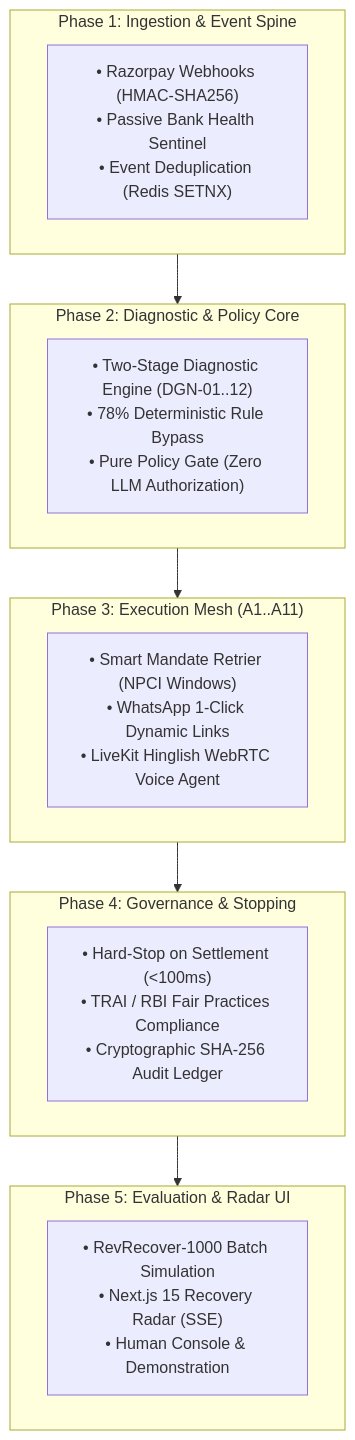
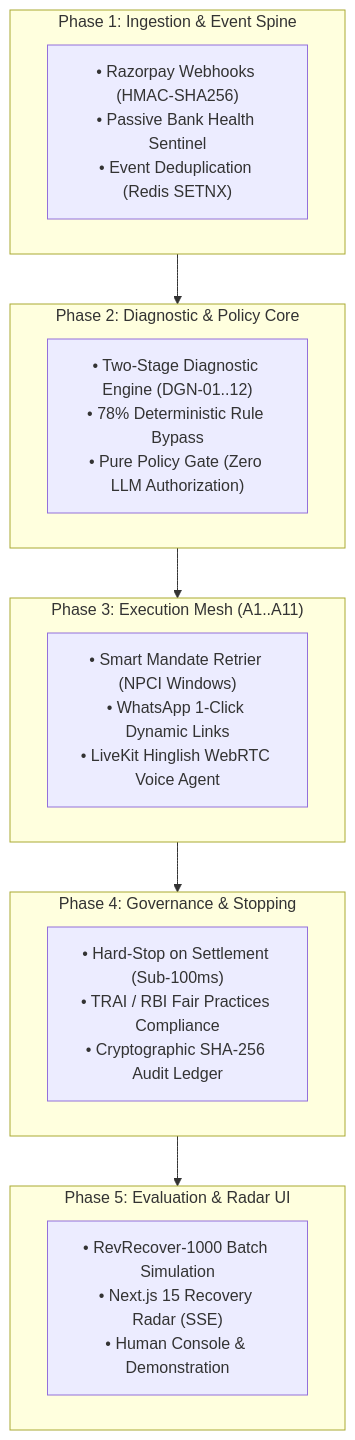
Before and after one commit to Adityaraj1969/Razorpay-Revenue-Recovery: the diagram in docs/Phases.md, drawn with Mermaid. The commit also changed 10 other files, not shown here.

Commit message:
fix(docs): restore pure Mermaid architecture diagram and activate all Mermaid charts across docs

````diff
--- a/docs/Phases.md
+++ b/docs/Phases.md
@@ -17,27 +17,27 @@
 ```mermaid
 flowchart TB
-    subgraph PHASE1["Phase 1: Ingestion &amp; Event Spine"]
+    subgraph PHASE1["Phase 1: Ingestion & Event Spine"]
         P1["• Razorpay Webhooks (HMAC-SHA256)<br/>• Passive Bank Health Sentinel<br/>• Event Deduplication (Redis SETNX)"]
     end
 
-    subgraph PHASE2["Phase 2: Diagnostic &amp; Policy Core"]
+    subgraph PHASE2["Phase 2: Diagnostic & Policy Core"]
         P2["• Two-Stage Diagnostic Engine (DGN-01..12)<br/>• 78% Deterministic Rule Bypass<br/>• Pure Policy Gate (Zero LLM Authorization)"]
     end
 
     subgraph PHASE3["Phase 3: Execution Mesh (A1..A11)"]
         P3["• Smart Mandate Retrier (NPCI Windows)<br/>• WhatsApp 1-Click Dynamic Links<br/>• LiveKit Hinglish WebRTC Voice Agent"]
     end
 
-    subgraph PHASE4["Phase 4: Governance &amp; Stopping"]
-        P4["• Hard-Stop on Settlement (&lt;100ms)<br/>• TRAI / RBI Fair Practices Compliance<br/>• Cryptographic SHA-256 Audit Ledger"]
+    subgraph PHASE4["Phase 4: Governance & Stopping"]
+        P4["• Hard-Stop on Settlement (Sub-100ms)<br/>• TRAI / RBI Fair Practices Compliance<br/>• Cryptographic SHA-256 Audit Ledger"]
     end
 
-    subgraph PHASE5["Phase 5: Evaluation &amp; Radar UI"]
-        P5["• RevRecover-1000 Batch Simulation<br/>• Next.js 15 Recovery Radar (SSE)<br/>• Human Console &amp; Demonstration"]
+    subgraph PHASE5["Phase 5: Evaluation & Radar UI"]
+        P5["• RevRecover-1000 Batch Simulation<br/>• Next.js 15 Recovery Radar (SSE)<br/>• Human Console & Demonstration"]
     end
 
     PHASE1 --> PHASE2
     PHASE2 --> PHASE3
     PHASE3 --> PHASE4
     PHASE4 --> PHASE5
 ```
````
